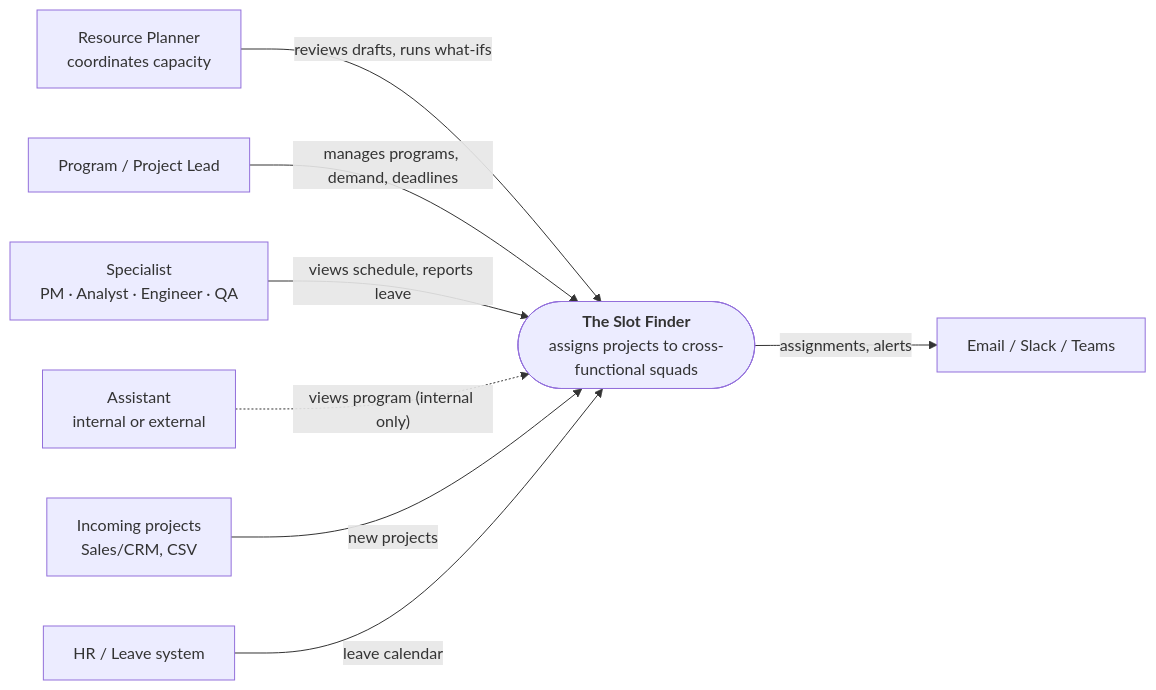
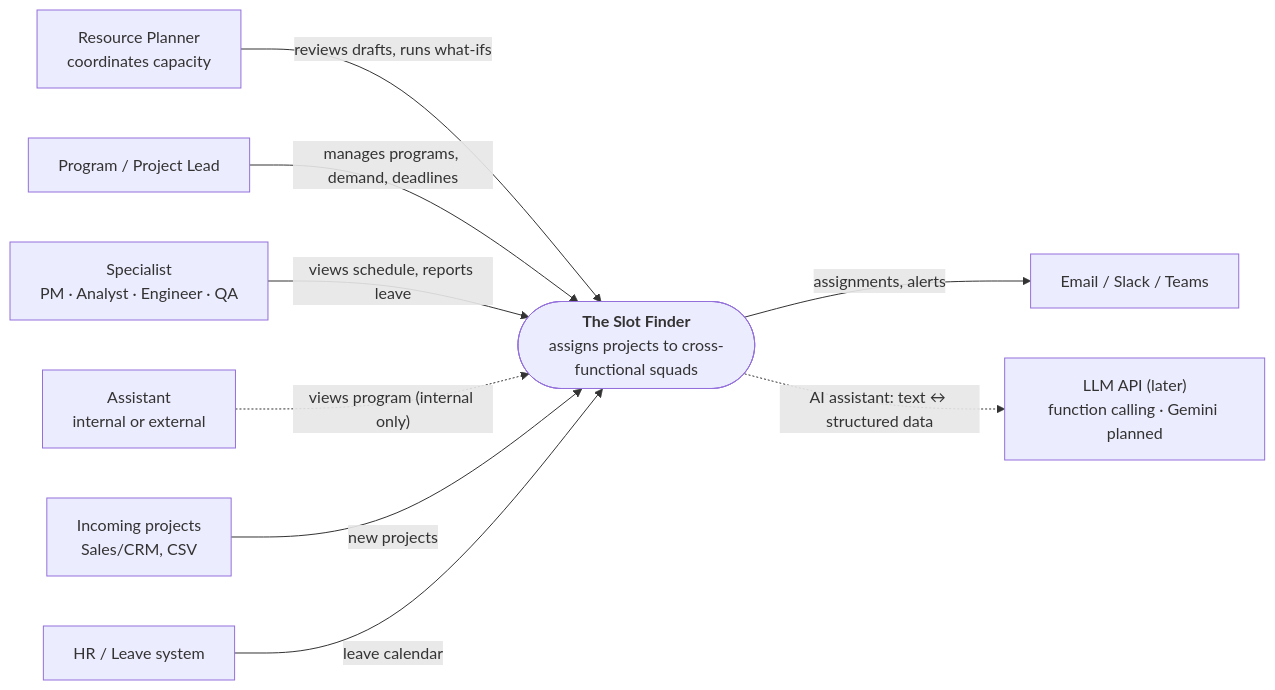
The first of 8 diagrams in README.md (dophnamm/the-slot-finder), drawn with Mermaid before and after one commit. The commit also changed other lines of this file and 4 other files, not shown here.

````diff
--- a/README.md
+++ b/README.md
@@ -52,19 +58,21 @@
 ```mermaid
 flowchart LR
   planner["Resource Planner<br/>coordinates capacity"]
   lead["Program / Project Lead"]
   spec["Specialist<br/>PM · Analyst · Engineer · QA"]
   assistant["Assistant<br/>internal or external"]
   sf(["<b>The Slot Finder</b><br/>assigns projects to cross-functional squads"])
   intake["Incoming projects<br/>Sales/CRM, CSV"]
   hr["HR / Leave system"]
   notify["Email / Slack / Teams"]
+  llm["LLM API (later)<br/>function calling · Gemini planned"]
 
   planner -->|"reviews drafts, runs what-ifs"| sf
   lead -->|"manages programs, demand, deadlines"| sf
   spec -->|"views schedule, reports leave"| sf
   assistant -.->|"views program (internal only)"| sf
   intake -->|"new projects"| sf
   hr -->|"leave calendar"| sf
   sf -->|"assignments, alerts"| notify
+  sf -.->|"AI assistant: text ↔ structured data"| llm
 ```
````
